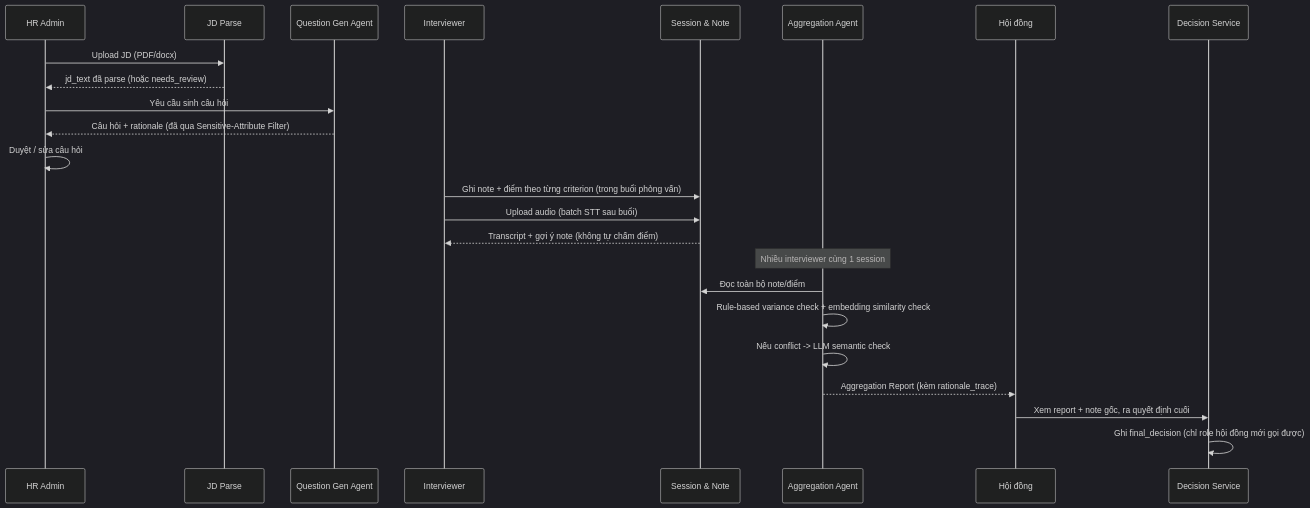
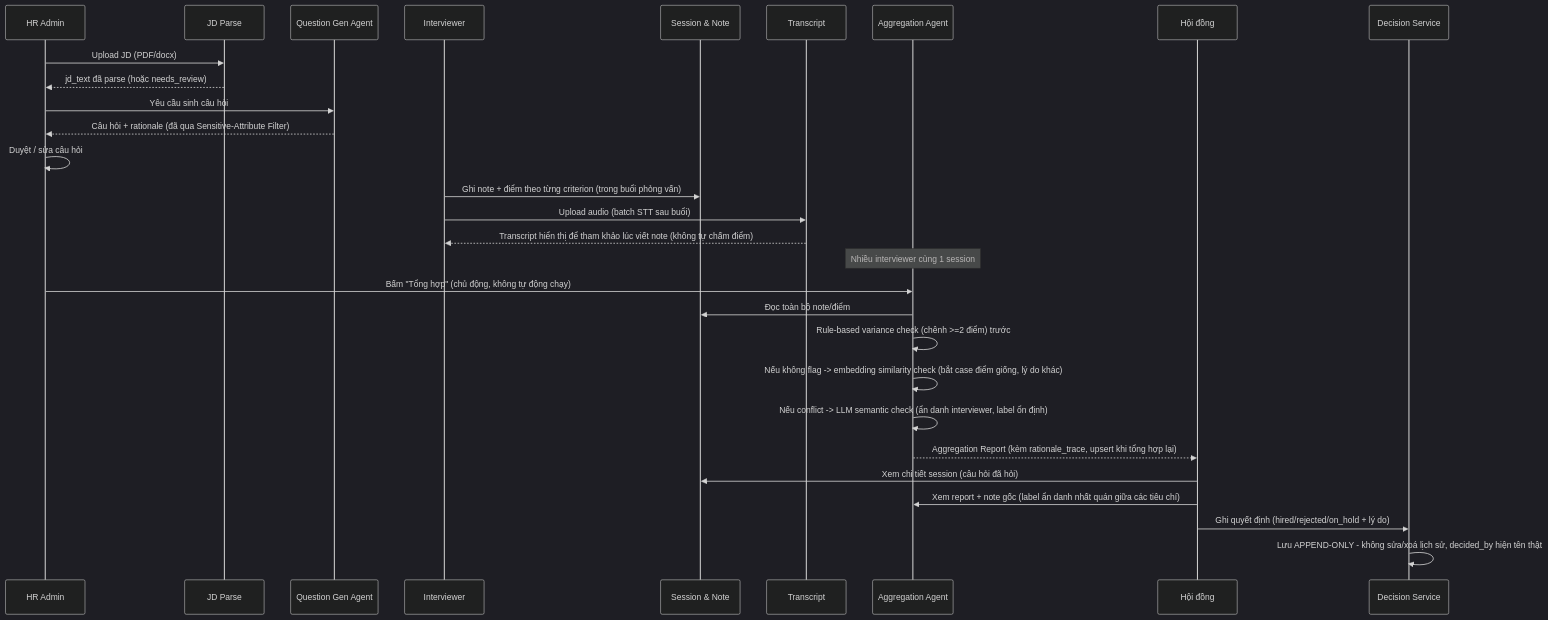
The second of 4 diagrams in docs/architecture.md (Dinhthuy2k5/interview-assist-agent), drawn with Mermaid (dark theme) before and after one commit. The commit also changed other lines of this file and 3 other files, not shown here.

````diff
--- a/docs/architecture.md
+++ b/docs/architecture.md
@@ -75,30 +93,35 @@
 ```mermaid
 sequenceDiagram
     participant HR as HR Admin
     participant JDP as JD Parse
     participant QG as Question Gen Agent
     participant IV as Interviewer
     participant SN as Session & Note
+    participant TR as Transcript
     participant AG as Aggregation Agent
     participant Council as Hội đồng
     participant DEC as Decision Service
 
     HR->>JDP: Upload JD (PDF/docx)
     JDP-->>HR: jd_text đã parse (hoặc needs_review)
     HR->>QG: Yêu cầu sinh câu hỏi
     QG-->>HR: Câu hỏi + rationale (đã qua Sensitive-Attribute Filter)
     HR->>HR: Duyệt / sửa câu hỏi
 
     IV->>SN: Ghi note + điểm theo từng criterion (trong buổi phỏng vấn)
-    IV->>SN: Upload audio (batch STT sau buổi)
-    SN-->>IV: Transcript + gợi ý note (không tự chấm điểm)
+    IV->>TR: Upload audio (batch STT sau buổi)
+    TR-->>IV: Transcript hiển thị để tham khảo lúc viết note (không tự chấm điểm)
 
     Note over AG: Nhiều interviewer cùng 1 session
+    HR->>AG: Bấm "Tổng hợp" (chủ động, không tự động chạy)
     AG->>SN: Đọc toàn bộ note/điểm
-    AG->>AG: Rule-based variance check + embedding similarity check
-    AG->>AG: Nếu conflict -> LLM semantic check
-    AG-->>Council: Aggregation Report (kèm rationale_trace)
+    AG->>AG: Rule-based variance check (chênh >=2 điểm) trước
+    AG->>AG: Nếu không flag -> embedding similarity check (bắt case điểm giống, lý do khác)
+    AG->>AG: Nếu conflict -> LLM semantic check (ẩn danh interviewer, label ổn định)
+    AG-->>Council: Aggregation Report (kèm rationale_trace, upsert khi tổng hợp lại)
 
-    Council->>DEC: Xem report + note gốc, ra quyết định cuối
-    DEC->>DEC: Ghi final_decision (chỉ role hội đồng mới gọi được)
+    Council->>SN: Xem chi tiết session (câu hỏi đã hỏi)
+    Council->>AG: Xem report + note gốc (label ẩn danh nhất quán giữa các tiêu chí)
+    Council->>DEC: Ghi quyết định (hired/rejected/on_hold + lý do)
+    DEC->>DEC: Lưu APPEND-ONLY - không sửa/xoá lịch sử, decided_by hiện tên thật
 ```
````
